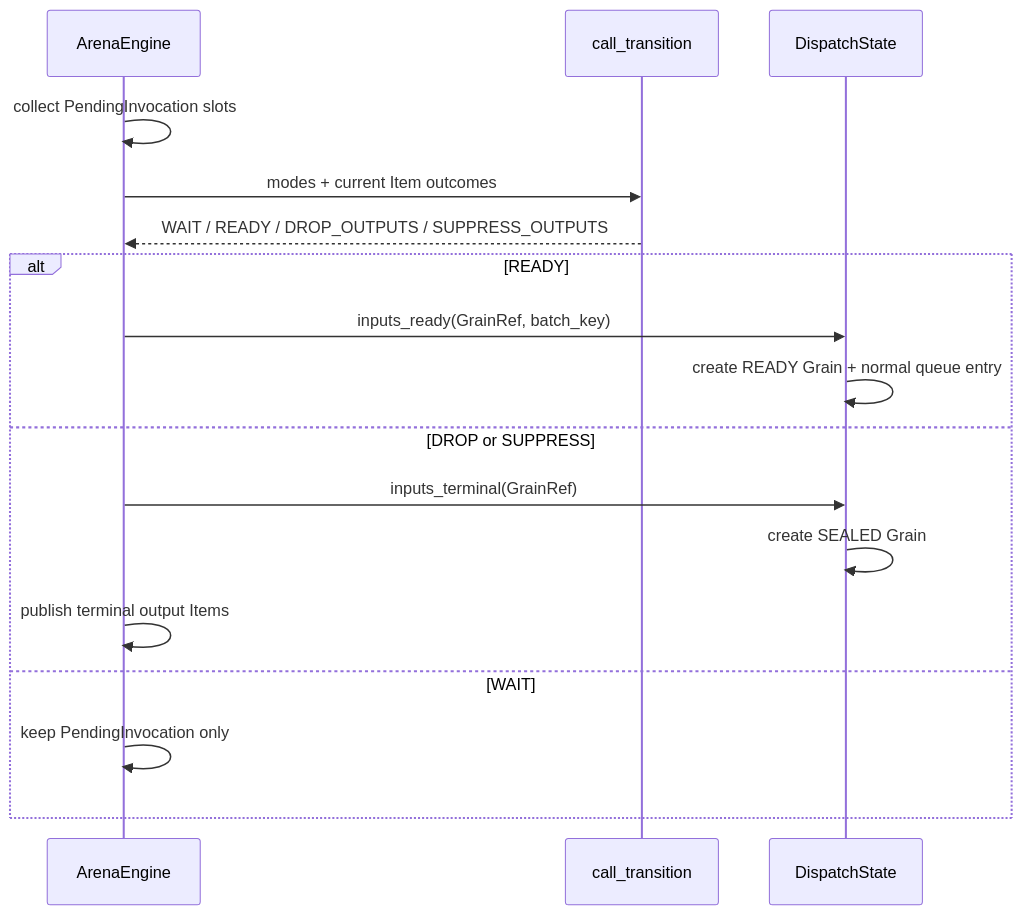
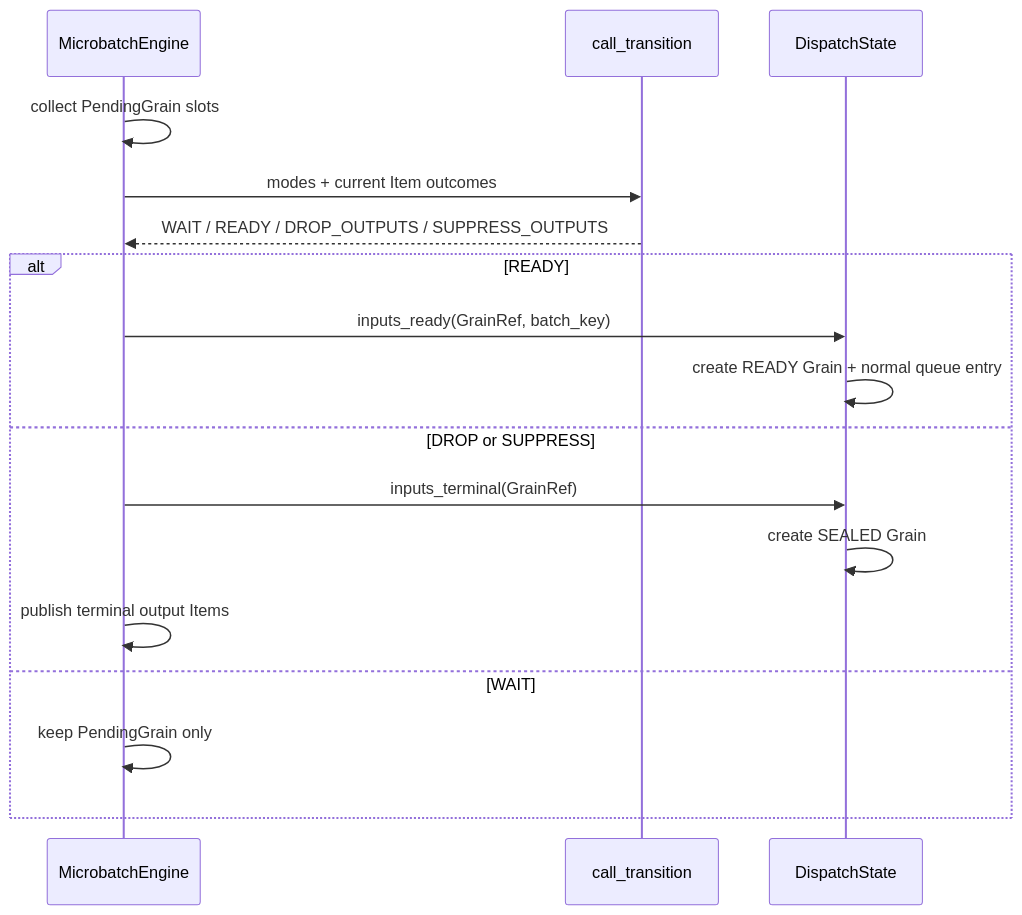
One commit to OpenDCAI/RayOrch changed the eighth of 16 diagrams in docs/multigrain_v3_6_tutorial.md. Above: the diagram before and after it, drawn with Mermaid. The commit also changed other lines of this file and 38 other files, not shown here.

Commit message:
feat(v3.6): unify architecture vocabulary and state ownership

````diff
--- a/docs/multigrain_v3_6_tutorial.md
+++ b/docs/multigrain_v3_6_tutorial.md
@@ -998,20 +1017,20 @@
 ```mermaid
 sequenceDiagram
-    participant A as ArenaEngine
+    participant A as MicrobatchEngine
     participant T as call_transition
     participant D as DispatchState
 
-    A->>A: collect PendingInvocation slots
+    A->>A: collect PendingGrain slots
     A->>T: modes + current Item outcomes
     T-->>A: WAIT / READY / DROP_OUTPUTS / SUPPRESS_OUTPUTS
     alt READY
         A->>D: inputs_ready(GrainRef, batch_key)
         D->>D: create READY Grain + normal queue entry
     else DROP or SUPPRESS
         A->>D: inputs_terminal(GrainRef)
         D->>D: create SEALED Grain
         A->>A: publish terminal output Items
     else WAIT
-        A->>A: keep PendingInvocation only
+        A->>A: keep PendingGrain only
     end
 ```
````
